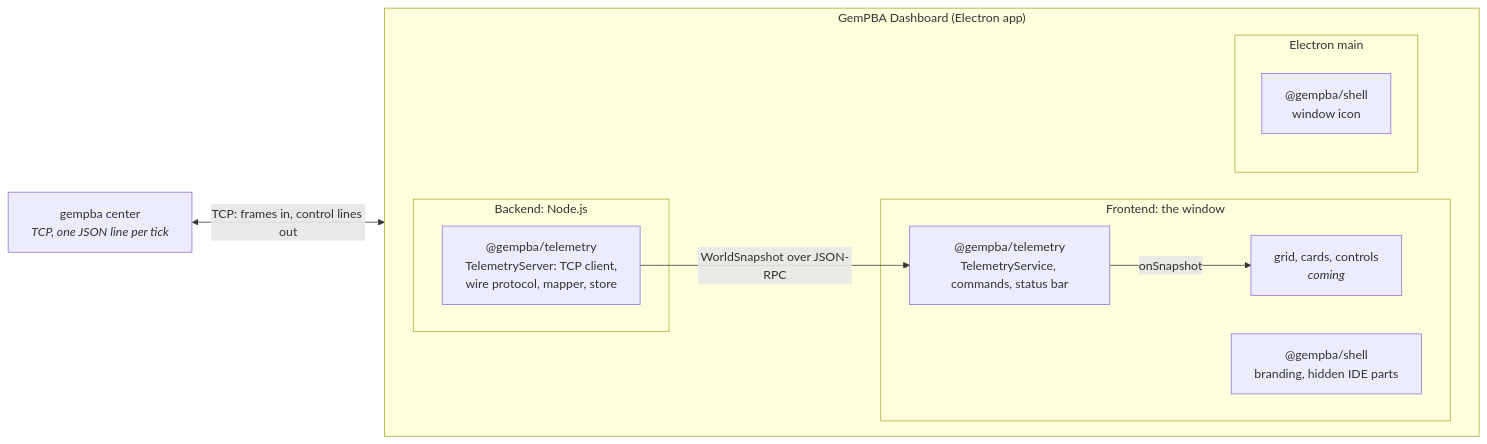
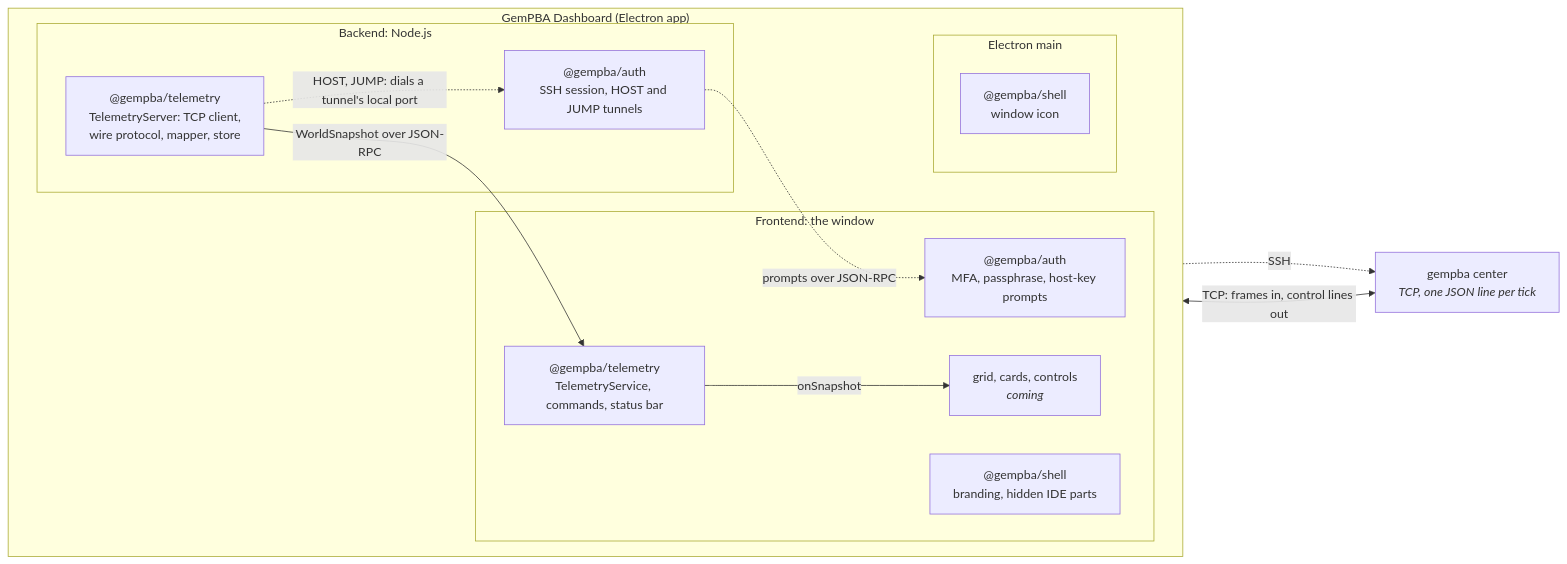
Before and after one commit to rapastranac/gempba-dashboard: the first of 3 diagrams in ARCHITECTURE.md, drawn with Mermaid. The commit also changed other lines of this file, not shown here.

First line of the commit message:
#26 Document the SSH extension in ARCHITECTURE.md

````diff
--- a/ARCHITECTURE.md
+++ b/ARCHITECTURE.md
@@ -33,21 +33,26 @@
 ```mermaid
 flowchart LR
     gempba["gempba center<br/><i>TCP, one JSON line per tick</i>"]
     subgraph app["GemPBA Dashboard (Electron app)"]
         direction LR
         subgraph backend["Backend: Node.js"]
             telemetry["@gempba/telemetry<br/>TelemetryServer: TCP client,<br/>wire protocol, mapper, store"]
+            authNode["@gempba/auth<br/>SSH session, HOST and JUMP tunnels"]
         end
         subgraph frontend["Frontend: the window"]
             service["@gempba/telemetry<br/>TelemetryService, commands, status bar"]
+            authUi["@gempba/auth<br/>MFA, passphrase, host-key prompts"]
             shellUi["@gempba/shell<br/>branding, hidden IDE parts"]
             views["grid, cards, controls<br/><i>coming</i>"]
         end
         subgraph main["Electron main"]
             shellMain["@gempba/shell<br/>window icon"]
         end
     end
     gempba <-->|"TCP: frames in, control lines out"| telemetry
+    telemetry -.->|"HOST, JUMP: dials a tunnel's local port"| authNode
+    authNode -.->|SSH| gempba
+    authNode -.->|"prompts over JSON-RPC"| authUi
     telemetry -->|"WorldSnapshot over JSON-RPC"| service
     service -->|onSnapshot| views
 ```
````
